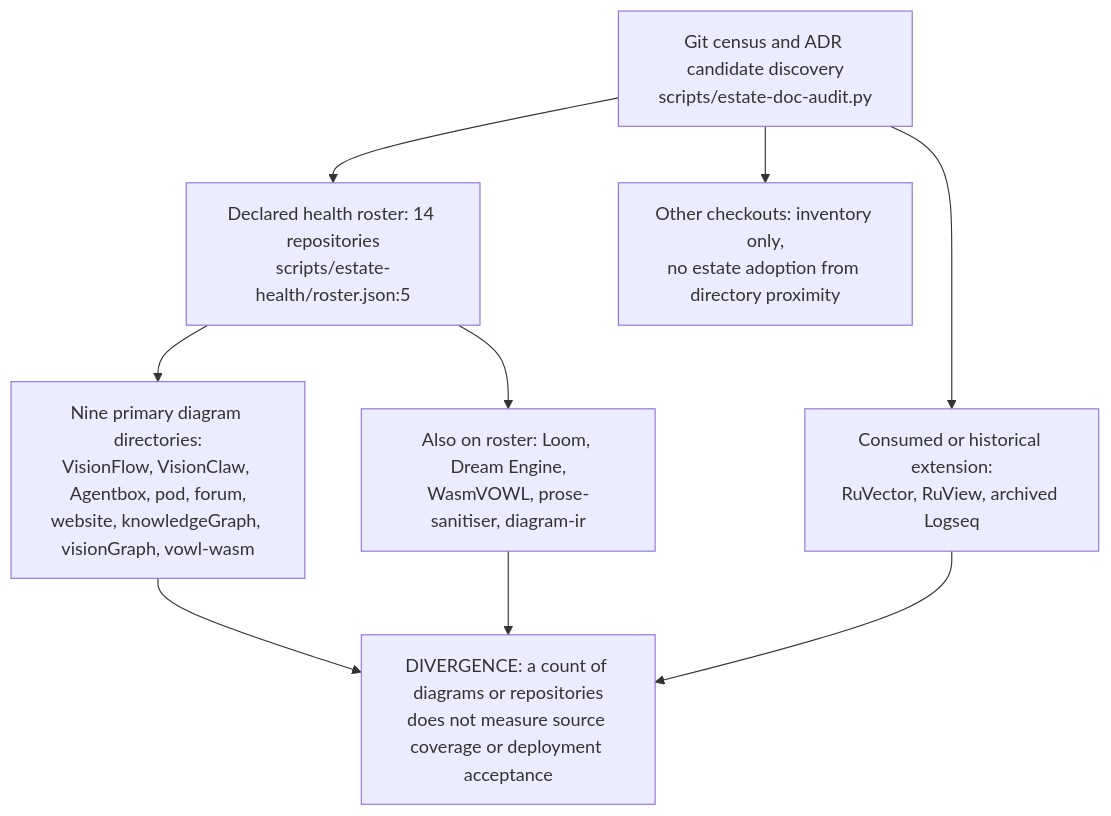
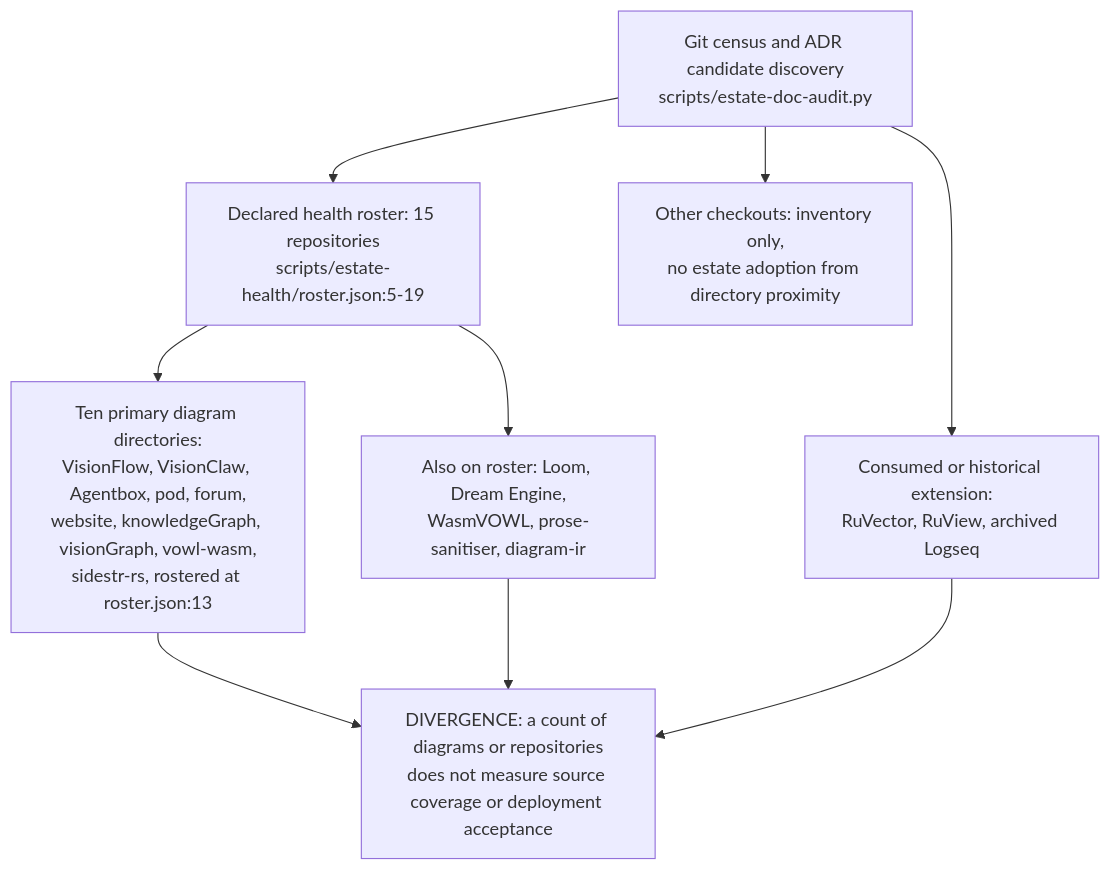
The first of 5 diagrams in docs/diagrams/estate/90-evidence-and-supporting-repositories.md (DreamLab-AI/VisionFlow), drawn with Mermaid before and after one commit. The commit also changed other lines of this file and 94 other files, not shown here.

First line of the commit message:
docs(diagrams): re-verify 130 topics against 2 October HEADs

````diff
--- a/docs/diagrams/estate/90-evidence-and-supporting-repositories.md
+++ b/docs/diagrams/estate/90-evidence-and-supporting-repositories.md
@@ -29,11 +31,11 @@
 ```mermaid
 flowchart TB
-    R["Declared health roster: 14 repositories<br/>scripts/estate-health/roster.json:5"] --> P["Nine primary diagram directories:<br/>VisionFlow, VisionClaw, Agentbox, pod, forum,<br/>website, knowledgeGraph, visionGraph, vowl-wasm"]
+    R["Declared health roster: 15 repositories<br/>scripts/estate-health/roster.json:5-19"] --> P["Ten primary diagram directories:<br/>VisionFlow, VisionClaw, Agentbox, pod, forum,<br/>website, knowledgeGraph, visionGraph, vowl-wasm,<br/>sidestr-rs, rostered at roster.json:13"]
     R --> S["Also on roster: Loom, Dream Engine,<br/>WasmVOWL, prose-sanitiser, diagram-ir"]
     C["Git census and ADR candidate discovery<br/>scripts/estate-doc-audit.py"] --> R
     C --> D["Consumed or historical extension:<br/>RuVector, RuView, archived Logseq"]
     C --> N["Other checkouts: inventory only,<br/>no estate adoption from directory proximity"]
     P --> E["DIVERGENCE: a count of diagrams or repositories<br/>does not measure source coverage or deployment acceptance"]
     S --> E
     D --> E
 ```
````
